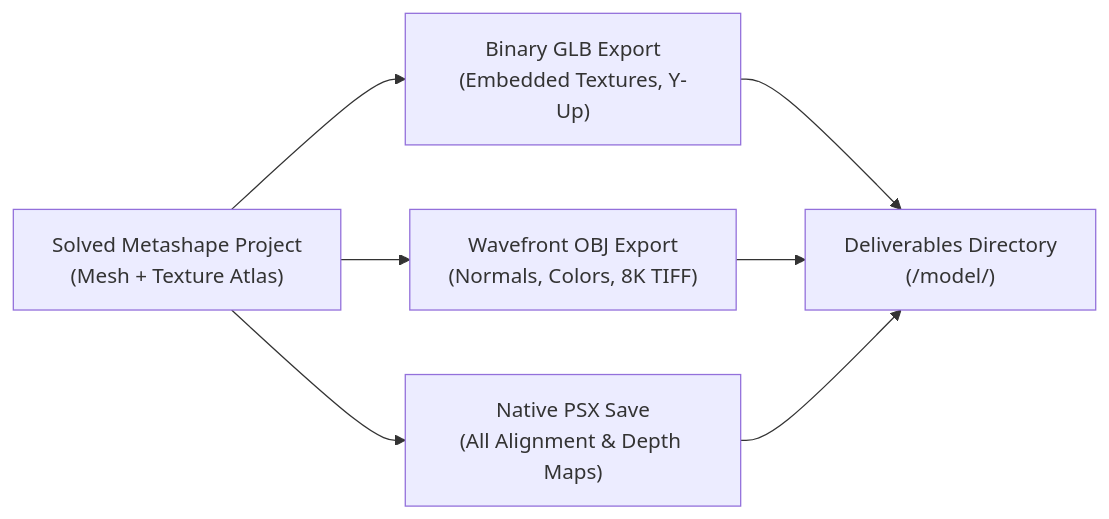
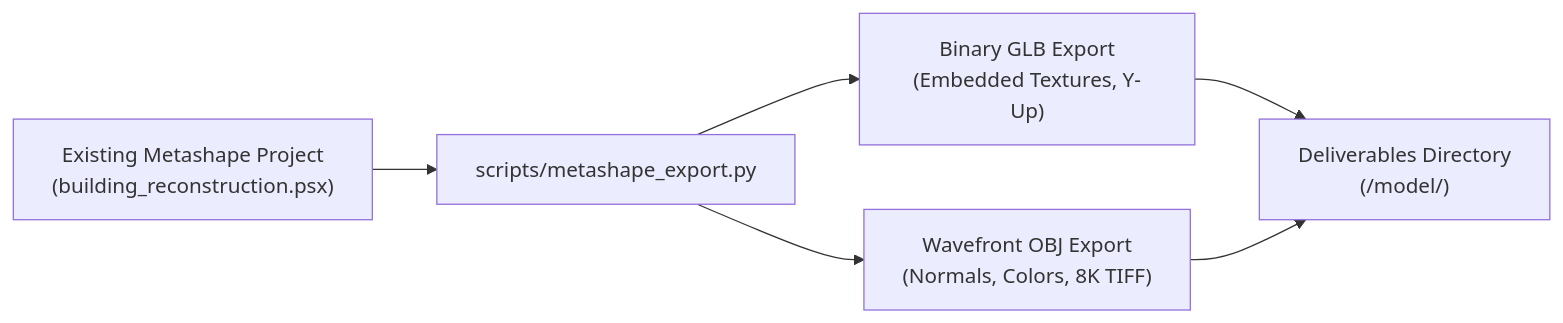
One commit to ngviettam82/AutoMetashape changed the diagram in skills/user/photogrammetry-export/SKILL.md. Above: the diagram before and after it, drawn with Mermaid. The commit also changed other lines of this file and 2 other files, not shown here.

Commit message:
feat: Add standalone metashape export script and document GUI project modification workflow

````diff
--- a/skills/user/photogrammetry-export/SKILL.md
+++ b/skills/user/photogrammetry-export/SKILL.md
@@ -31,9 +31,8 @@
 ```mermaid
 flowchart LR
-    A["Solved Metashape Project<br/>(Mesh + Texture Atlas)"] --> B["Binary GLB Export<br/>(Embedded Textures, Y-Up)"]
-    A --> C["Wavefront OBJ Export<br/>(Normals, Colors, 8K TIFF)"]
-    A --> D["Native PSX Save<br/>(All Alignment & Depth Maps)"]
-    B --> E["Deliverables Directory<br/>(<project_dir>/model/)"]
-    C --> E
+    A["Existing Metashape Project<br/>(building_reconstruction.psx)"] --> B["scripts/metashape_export.py"]
+    B --> C["Binary GLB Export<br/>(Embedded Textures, Y-Up)"]
+    B --> D["Wavefront OBJ Export<br/>(Normals, Colors, 8K TIFF)"]
+    C --> E["Deliverables Directory<br/>(<project_dir>/model/)"]
     D --> E
 ```
````
